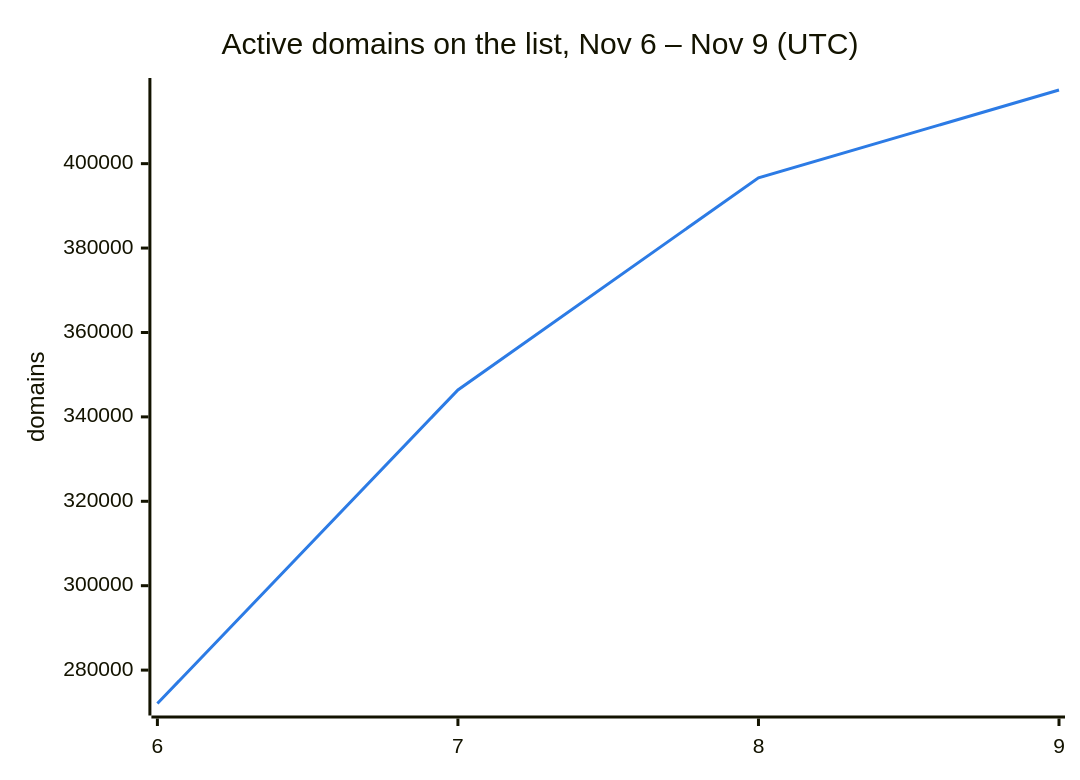
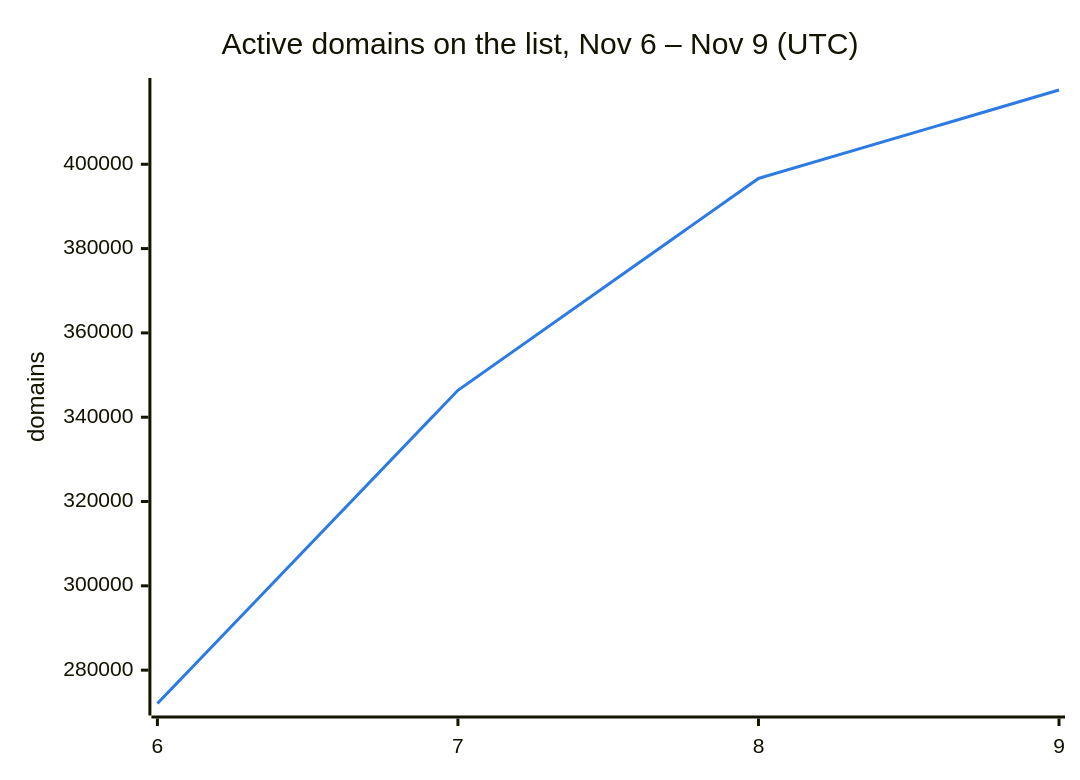
The second of 3 diagrams in README.md (DNSBunker/CTI), drawn with Mermaid before and after one commit. The commit also changed other lines of this file and 3 other files, not shown here.

````diff
--- a/README.md
+++ b/README.md
@@ -38,8 +38,8 @@
 ```mermaid
 %%{init: {"themeVariables": {"xyChart": {"plotColorPalette": "#2c7be5"}}}}%%
 xychart-beta
     title "Active domains on the list, Nov 6 – Nov 9 (UTC)"
     x-axis ["6", "7", "8", "9"]
     y-axis "domains"
-    line [272088, 346388, 396638, 417452]
+    line [272088, 346388, 396638, 417616]
 ```
````
